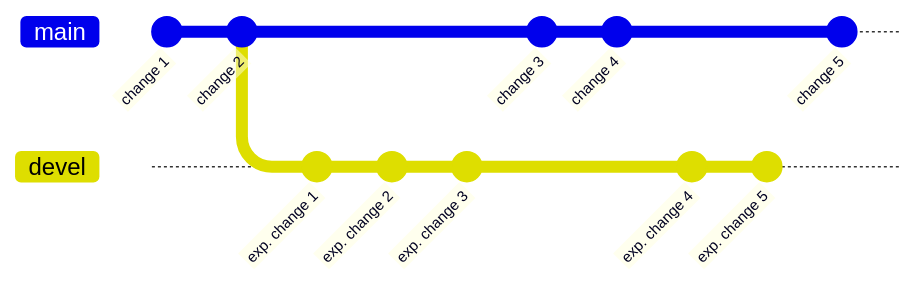
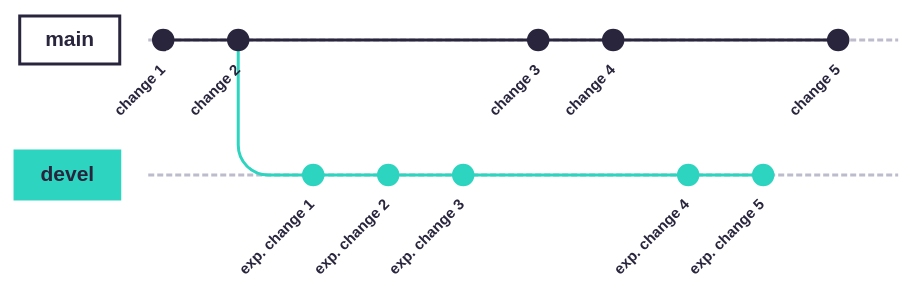
One commit to abilandz/NAT3054 changed the eighth of 24 diagrams in src/git.md. Above: the diagram before and after it, drawn with Mermaid. The commit also changed other lines of this file, not shown here.

Commit message:
switch to redux-color theme in gitGraphs, for better visibility in MkDocs

````diff
--- a/src/git.md
+++ b/src/git.md
@@ -343,17 +349,20 @@
 ```mermaid
-    gitGraph
-       commit id: "change 1"
-       commit id: "change 2"
-       branch devel
-       commit id: "exp. change 1"
-       commit id: "exp. change 2"
-       commit id: "exp. change 3"
-       checkout main
-       commit id: "change 3"
-       commit id: "change 4"
-       checkout devel
-       commit id: "exp. change 4"
-       commit id: "exp. change 5"
-       checkout main
-       commit id: "change 5"
+%%{init: {
+  'theme': 'redux-color'
+}}%%
+gitGraph
+   commit id: "change 1"
+   commit id: "change 2"
+   branch devel
+   commit id: "exp. change 1"
+   commit id: "exp. change 2"
+   commit id: "exp. change 3"
+   checkout main
+   commit id: "change 3"
+   commit id: "change 4"
+   checkout devel
+   commit id: "exp. change 4"
+   commit id: "exp. change 5"
+   checkout main
+   commit id: "change 5"
 ```
````
